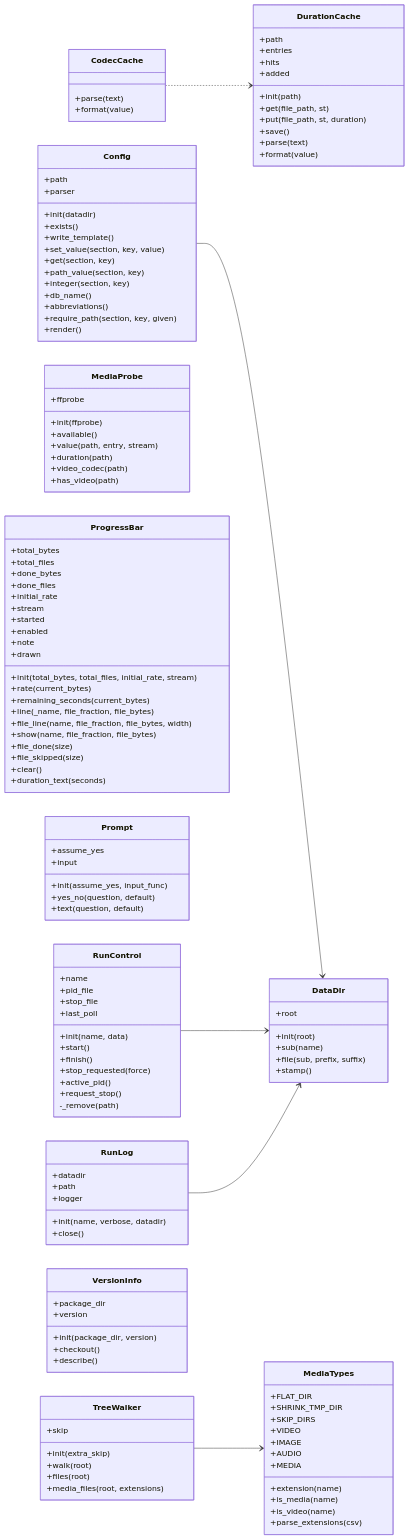
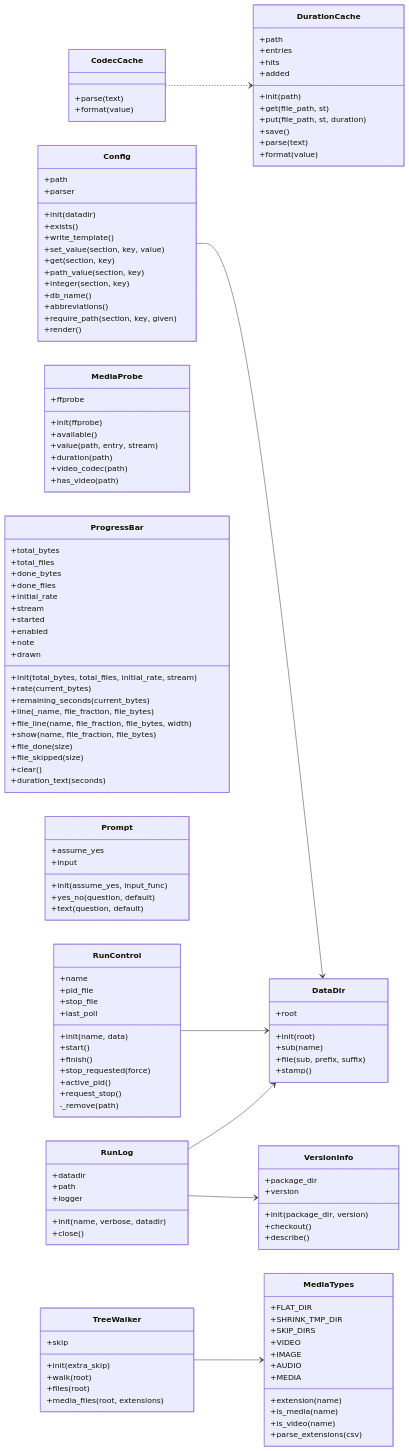
Before and after one commit to peddanet/mediatools: the diagram in docs/img/uml_core.mmd, drawn with Mermaid. The commit also changed 7 other files, not shown here.

First line of the commit message:
Release 1.2.5: version and PID in every log file

```diff
--- a/docs/img/uml_core.mmd
+++ b/docs/img/uml_core.mmd
@@ -1,130 +1,131 @@
 classDiagram
   direction LR
   class CodecCache {
     +parse(text)
     +format(value)
   }
   class Config {
     +path
     +parser
     +init(datadir)
     +exists()
     +write_template()
     +set_value(section, key, value)
     +get(section, key)
     +path_value(section, key)
     +integer(section, key)
     +db_name()
     +abbreviations()
     +require_path(section, key, given)
     +render()
   }
   class DataDir {
     +root
     +init(root)
     +sub(name)
     +file(sub, prefix, suffix)
     +stamp()
   }
   class DurationCache {
     +path
     +entries
     +hits
     +added
     +init(path)
     +get(file_path, st)
     +put(file_path, st, duration)
     +save()
     +parse(text)
     +format(value)
   }
   class MediaTypes {
     +FLAT_DIR
     +SHRINK_TMP_DIR
     +SKIP_DIRS
     +VIDEO
     +IMAGE
     +AUDIO
     +MEDIA
     +extension(name)
     +is_media(name)
     +is_video(name)
     +parse_extensions(csv)
   }
   class MediaProbe {
     +ffprobe
     +init(ffprobe)
     +available()
     +value(path, entry, stream)
     +duration(path)
     +video_codec(path)
     +has_video(path)
   }
   class ProgressBar {
     +total_bytes
     +total_files
     +done_bytes
     +done_files
     +initial_rate
     +stream
     +started
     +enabled
     +note
     +drawn
     +init(total_bytes, total_files, initial_rate, stream)
     +rate(current_bytes)
     +remaining_seconds(current_bytes)
     +line(_name, file_fraction, file_bytes)
     +file_line(name, file_fraction, file_bytes, width)
     +show(name, file_fraction, file_bytes)
     +file_done(size)
     +file_skipped(size)
     +clear()
     +duration_text(seconds)
   }
   class Prompt {
     +assume_yes
     +input
     +init(assume_yes, input_func)
     +yes_no(question, default)
     +text(question, default)
   }
   class RunControl {
     +name
     +pid_file
     +stop_file
     +last_poll
     +init(name, data)
     +start()
     +finish()
     +stop_requested(force)
     +active_pid()
     +request_stop()
     -_remove(path)
   }
   class RunLog {
     +datadir
     +path
     +logger
     +init(name, verbose, datadir)
     +close()
   }
   class VersionInfo {
     +package_dir
     +version
     +init(package_dir, version)
     +checkout()
     +describe()
   }
   class TreeWalker {
     +skip
     +init(extra_skip)
     +walk(root)
     +files(root)
     +media_files(root, extensions)
   }
   CodecCache ..> DurationCache
   Config --> DataDir
   RunControl --> DataDir
   RunLog --> DataDir
+  RunLog --> VersionInfo
   TreeWalker --> MediaTypes
```
